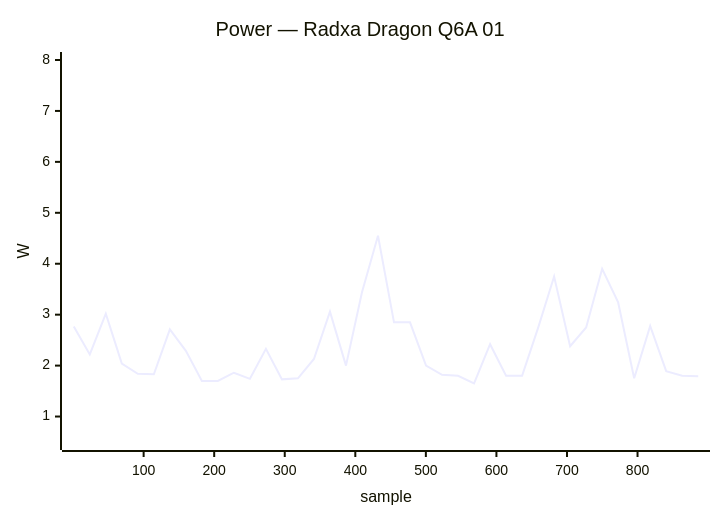
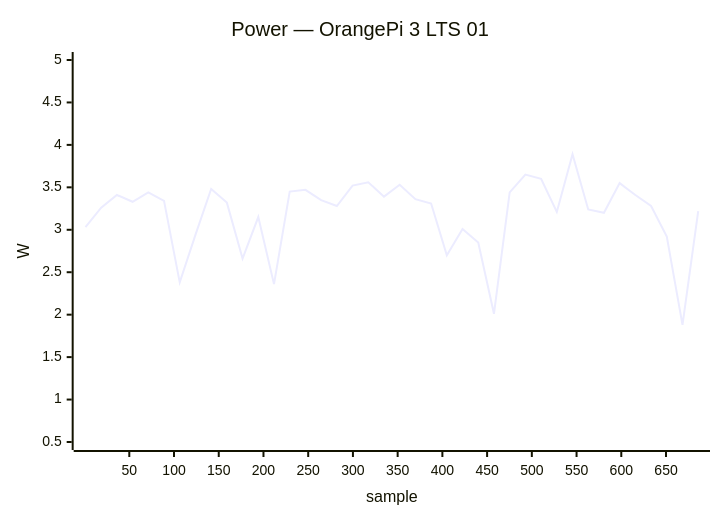
Before and after one commit to armbian/documentation: diagram 29 of 38 in docs/status/board-tests.md, drawn with Mermaid. The commit also changed other lines of this file, not shown here.

````diff
--- a/docs/status/board-tests.md
+++ b/docs/status/board-tests.md
@@ -1456,7 +1436,7 @@
 ```mermaid
 xychart-beta
-    title "Power — Radxa Dragon Q6A 01"
-    x-axis "sample" 1 --> 886
-    y-axis "W" 0.5 --> 8.0
-    line [2.77, 2.22, 3.02, 2.04, 1.84, 1.83, 2.71, 2.29, 1.70, 1.70, 1.86, 1.74, 2.33, 1.73, 1.75, 2.13, 3.06, 2.00, 3.44, 4.55, 2.85, 2.85, 2.00, 1.82, 1.80, 1.65, 2.42, 1.80, 1.80, 2.74, 3.75, 2.38, 2.75, 3.90, 3.24, 1.75, 2.78, 1.89, 1.80, 1.79]
+    title "Power — OrangePi 3 LTS 01"
+    x-axis "sample" 1 --> 686
+    y-axis "W" 0.5 --> 5.0
+    line [3.03, 3.26, 3.41, 3.33, 3.44, 3.34, 2.38, 2.94, 3.48, 3.32, 2.66, 3.15, 2.36, 3.45, 3.47, 3.35, 3.28, 3.52, 3.56, 3.39, 3.53, 3.36, 3.31, 2.70, 3.01, 2.85, 2.01, 3.44, 3.65, 3.60, 3.21, 3.89, 3.24, 3.20, 3.55, 3.41, 3.28, 2.92, 1.88, 3.22]
 ```
````
